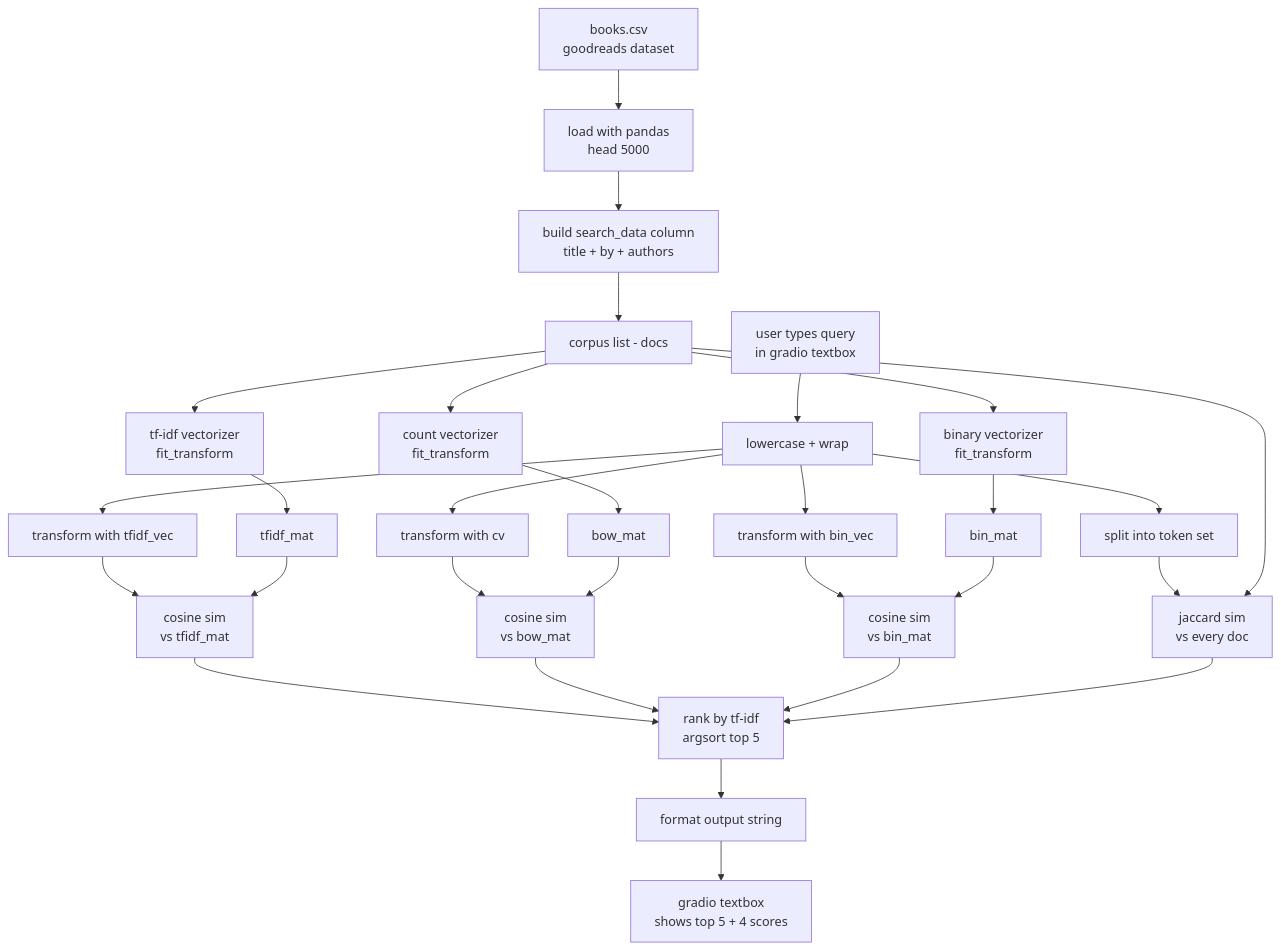
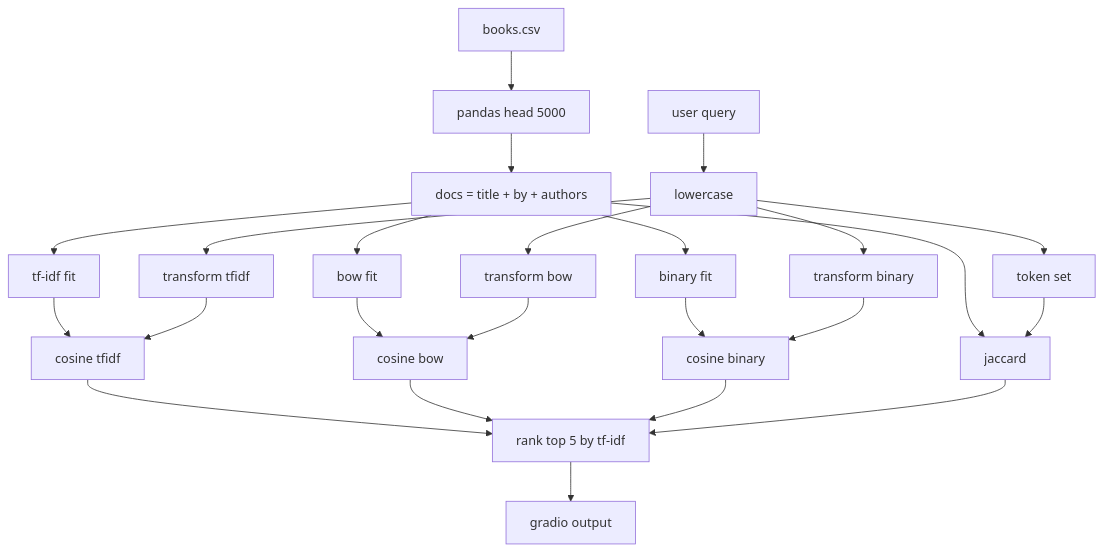
Before and after one commit to hammad8622/goodreads-search-engine: the first of 3 diagrams in README.md, drawn with Mermaid. The commit also changed other lines of this file and 6 other files, not shown here.

````diff
--- a/README.md
+++ b/README.md
@@ -120,39 +74,22 @@
 ```mermaid
 flowchart TD
-    A[books.csv<br/>goodreads dataset] --> B[load with pandas<br/>head 5000]
-    B --> C[build search_data column<br/>title + by + authors]
-    C --> D[corpus list - docs]
+    A[books.csv] --> B[pandas head 5000]
+    B --> C[docs = title + by + authors]
+    C --> E1[tf-idf fit]
+    C --> E2[bow fit]
+    C --> E3[binary fit]
 
-    D --> E1[tf-idf vectorizer<br/>fit_transform]
-    D --> E2[count vectorizer<br/>fit_transform]
-    D --> E3[binary vectorizer<br/>fit_transform]
+    U[user query] --> Q[lowercase]
+    Q --> T1[transform tfidf]
+    Q --> T2[transform bow]
+    Q --> T3[transform binary]
+    Q --> T4[token set]
 
-    E1 --> F1[tfidf_mat]
-    E2 --> F2[bow_mat]
-    E3 --> F3[bin_mat]
+    E1 & T1 --> S1[cosine tfidf]
+    E2 & T2 --> S2[cosine bow]
+    E3 & T3 --> S3[cosine binary]
+    C & T4 --> S4[jaccard]
 
-    U[user types query<br/>in gradio textbox] --> Q[lowercase + wrap]
-
-    Q --> T1[transform with tfidf_vec]
-    Q --> T2[transform with cv]
-    Q --> T3[transform with bin_vec]
-    Q --> T4[split into token set]
-
-    T1 --> S1[cosine sim<br/>vs tfidf_mat]
-    T2 --> S2[cosine sim<br/>vs bow_mat]
-    T3 --> S3[cosine sim<br/>vs bin_mat]
-    T4 --> S4[jaccard sim<br/>vs every doc]
-
-    F1 --> S1
-    F2 --> S2
-    F3 --> S3
-    D  --> S4
-
-    S1 --> R[rank by tf-idf<br/>argsort top 5]
-    S2 --> R
-    S3 --> R
-    S4 --> R
-
-    R --> O[format output string]
-    O --> G[gradio textbox<br/>shows top 5 + 4 scores]
+    S1 & S2 & S3 & S4 --> R[rank top 5 by tf-idf]
+    R --> O[gradio output]
 ```
````
